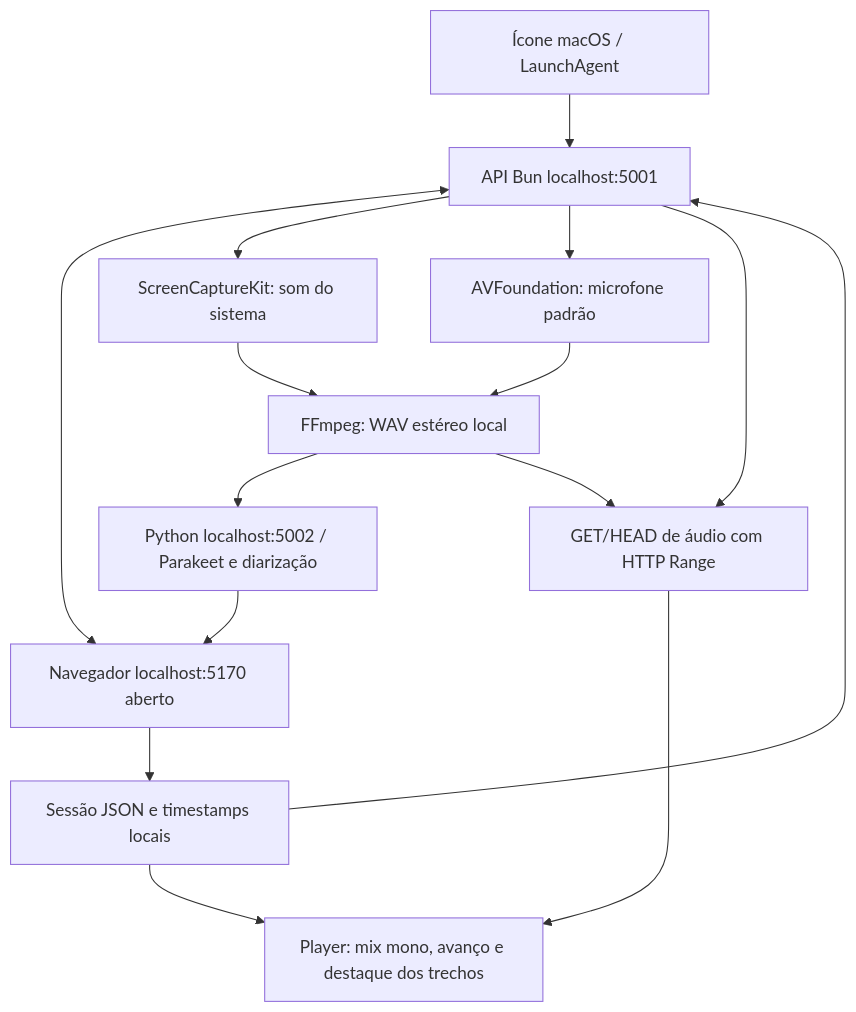
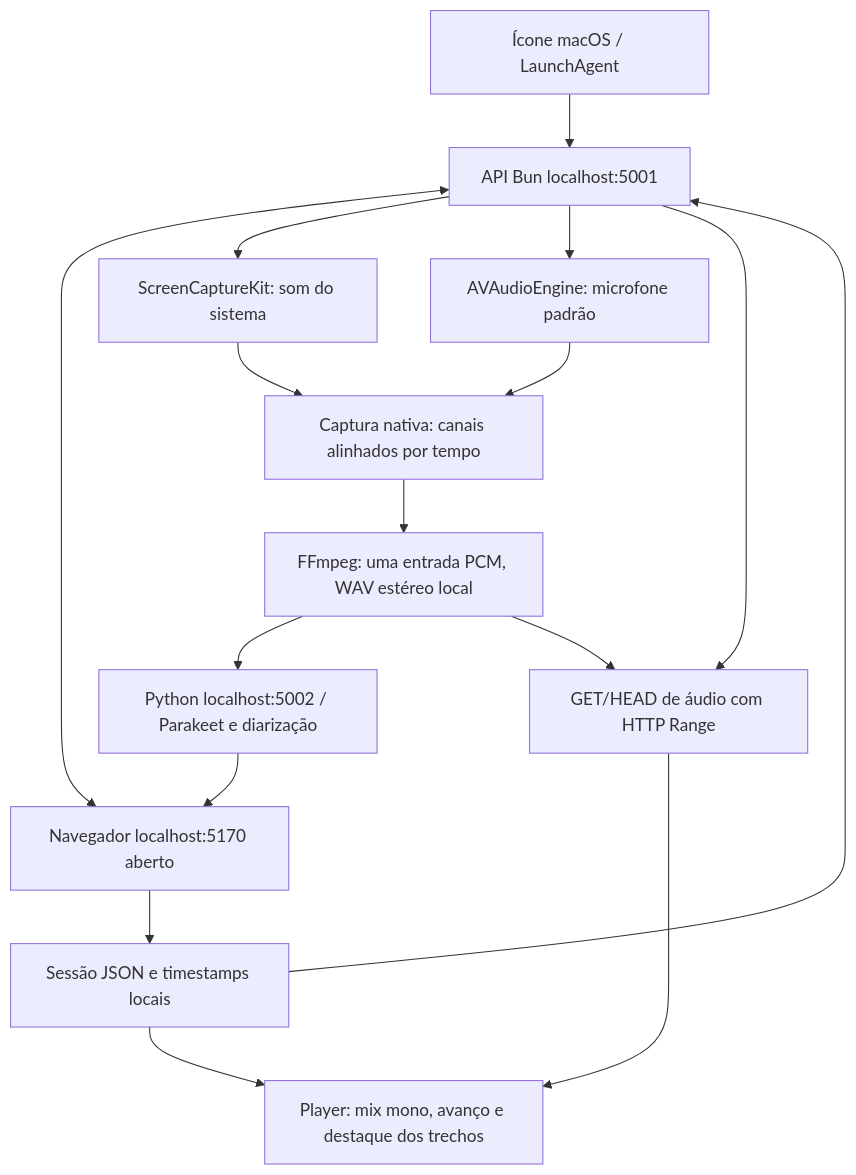
One commit to augustocbx/heed-macos changed the diagram in README.md. Above: the diagram before and after it, drawn with Mermaid. The commit also changed other lines of this file and 11 other files, not shown here.

````diff
--- a/README.md
+++ b/README.md
@@ -57,17 +57,18 @@
 ```mermaid
 flowchart TD
     A[Ícone macOS / LaunchAgent] --> B[API Bun localhost:5001]
     B <--> C[Navegador localhost:5170 aberto]
     B --> D[ScreenCaptureKit: som do sistema]
-    B --> E[AVFoundation: microfone padrão]
-    D --> F[FFmpeg: WAV estéreo local]
-    E --> F
+    B --> E[AVAudioEngine: microfone padrão]
+    D --> K[Captura nativa: canais alinhados por tempo]
+    E --> K
+    K --> F[FFmpeg: uma entrada PCM, WAV estéreo local]
     F --> G[Python localhost:5002 / Parakeet e diarização]
     G --> C
     C --> H[Sessão JSON e timestamps locais]
     H --> B
     F --> I[GET/HEAD de áudio com HTTP Range]
     B --> I
     I --> J[Player: mix mono, avanço e destaque dos trechos]
     H --> J
 ```
````
